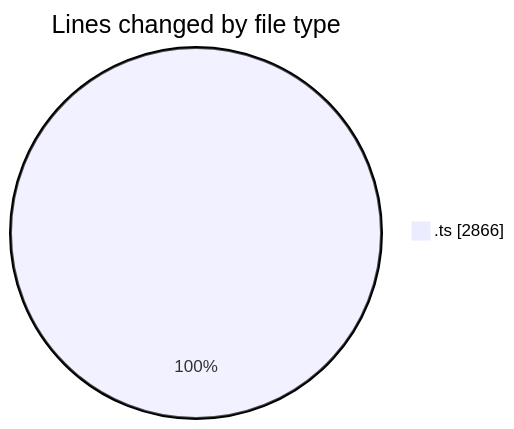
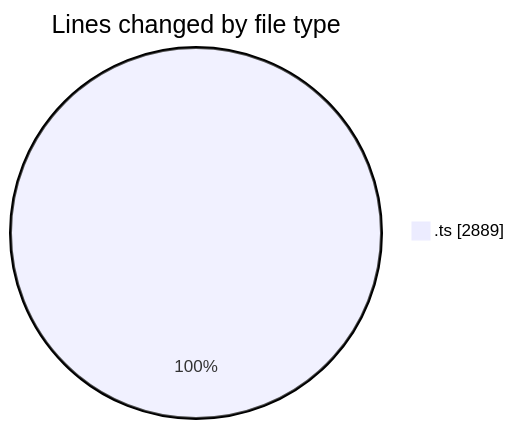
One commit to momahboobian/code-tracking changed the first of 2 diagrams in 2025-06-24/cda/README.md. Above: the diagram before and after it, drawn with Mermaid. The commit also changed other lines of this file and 1 other file, not shown here.

````diff
--- a/2025-06-24/cda/README.md
+++ b/2025-06-24/cda/README.md
@@ -24,5 +24,5 @@
 ```mermaid
 pie showData
 title Lines changed by file type
-".ts" : 2866
+".ts" : 2889
 ```
````
